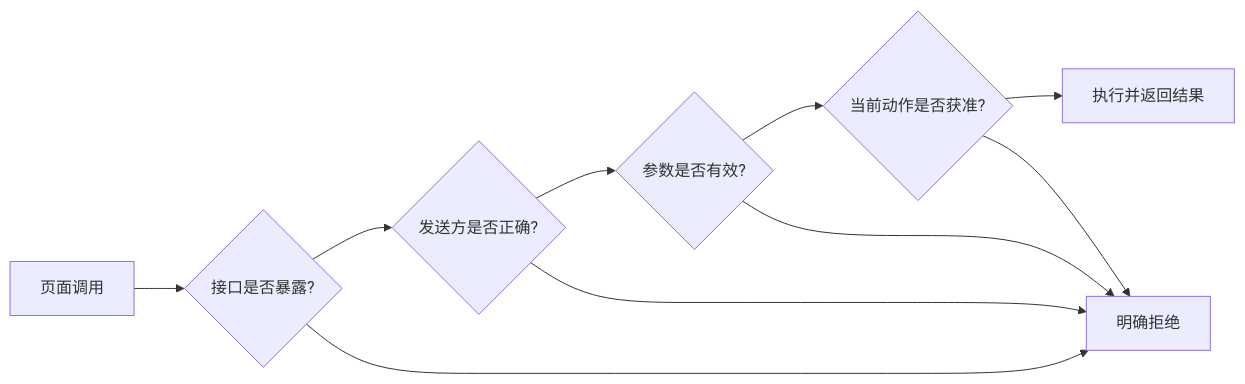
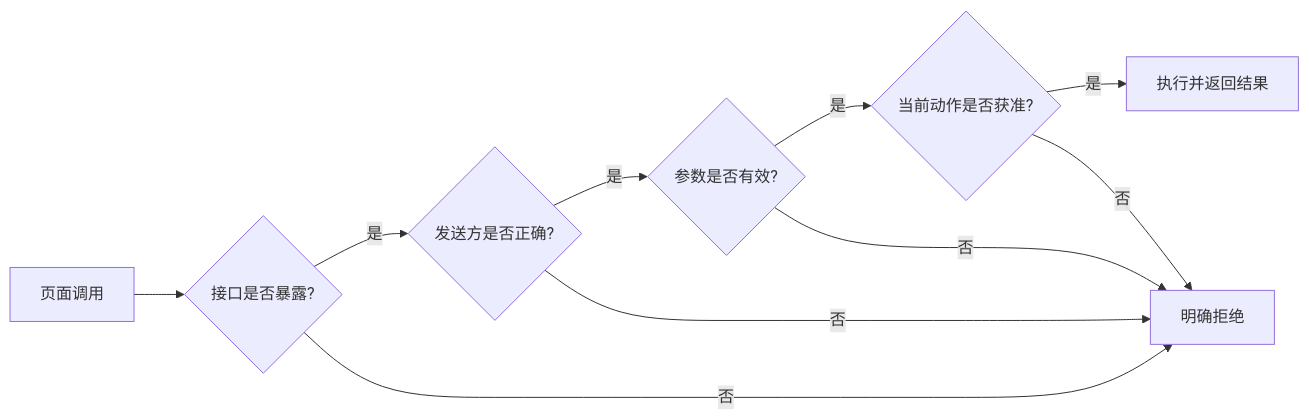
One commit to aiyinyuedejustin/agent-engineering-fundamentals changed the third of 5 diagrams in books/claude-app/02-Illustrated-Deep-Dive-Book/01-System-Architecture/README.md. Above: the diagram before and after it, drawn with Mermaid. The commit also changed 34 other files, not shown here.

````diff
--- a/books/claude-app/02-Illustrated-Deep-Dive-Book/01-System-Architecture/README.md
+++ b/books/claude-app/02-Illustrated-Deep-Dive-Book/01-System-Architecture/README.md
@@ -78,12 +78,12 @@
 ```mermaid
 flowchart LR
     Page[页面调用] --> Exposure{接口是否暴露?}
-    Exposure --> Sender{发送方是否正确?}
-    Sender --> Schema{参数是否有效?}
-    Schema --> Policy{当前动作是否获准?}
-    Policy --> Execute[执行并返回结果]
-    Exposure --> Reject[明确拒绝]
-    Sender --> Reject
-    Schema --> Reject
-    Policy --> Reject
+    Exposure -->|是| Sender{发送方是否正确?}
+    Sender -->|是| Schema{参数是否有效?}
+    Schema -->|是| Policy{当前动作是否获准?}
+    Policy -->|是| Execute[执行并返回结果]
+    Exposure -->|否| Reject[明确拒绝]
+    Sender -->|否| Reject
+    Schema -->|否| Reject
+    Policy -->|否| Reject
 ```
````
